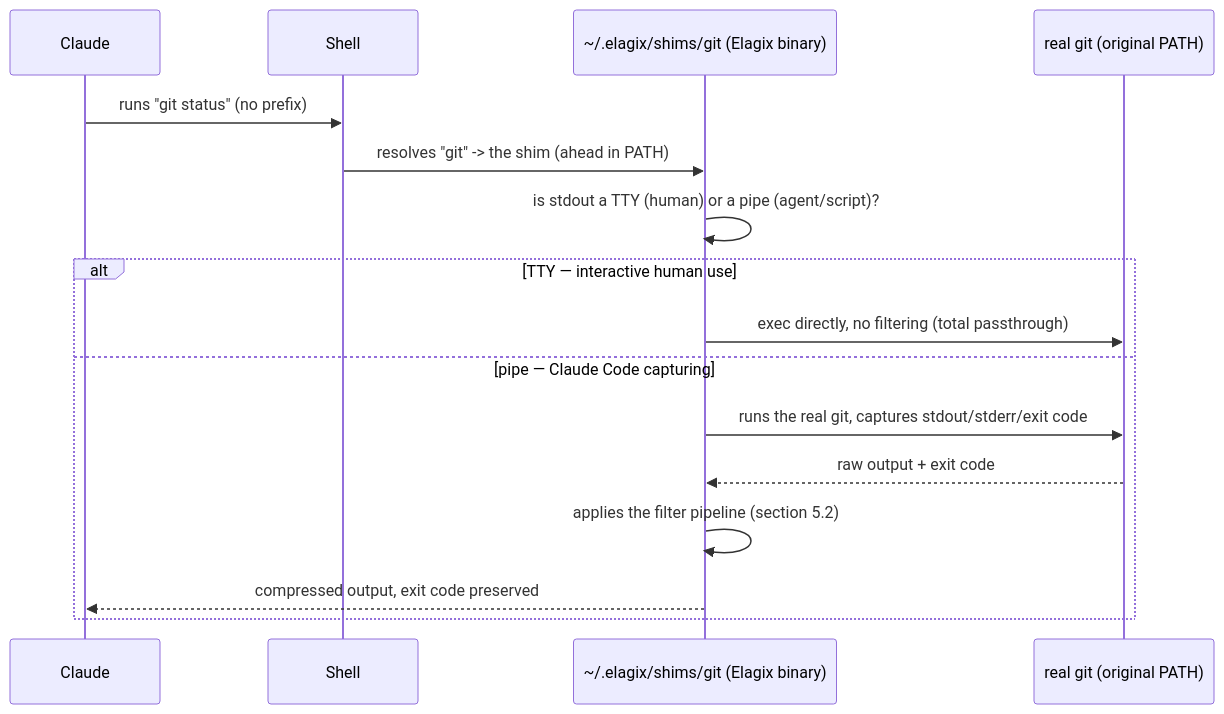
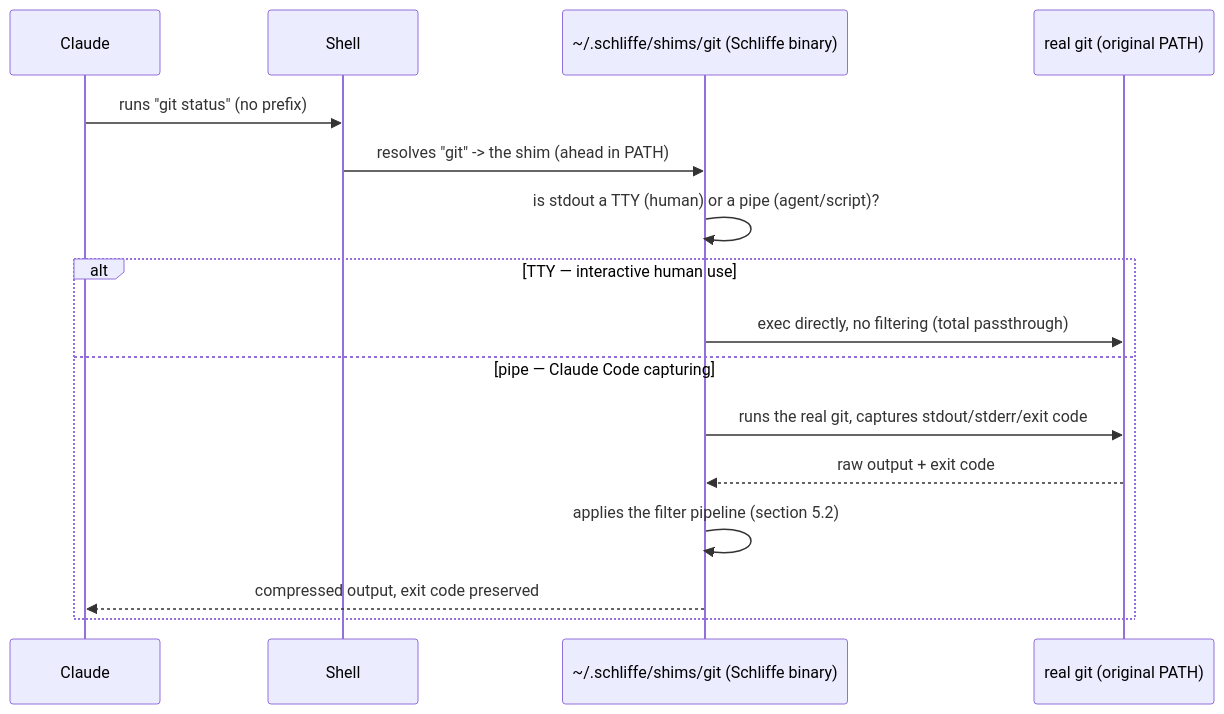
One commit to mkmuniz/elagix-tk changed the diagram in specs.md. Above: the diagram before and after it, drawn with Mermaid. The commit also changed other lines of this file and 27 other files, not shown here.

First line of the commit message:
Rename project from Elagix to Schliffe

````diff
--- a/specs.md
+++ b/specs.md
@@ -75,18 +75,18 @@
 ```mermaid
 sequenceDiagram
     participant Claude
     participant Shell
-    participant Shim as ~/.elagix/shims/git (Elagix binary)
+    participant Shim as ~/.schliffe/shims/git (Schliffe binary)
     participant RealGit as real git (original PATH)
     Claude->>Shell: runs "git status" (no prefix)
     Shell->>Shim: resolves "git" -> the shim (ahead in PATH)
     Shim->>Shim: is stdout a TTY (human) or a pipe (agent/script)?
     alt TTY — interactive human use
         Shim->>RealGit: exec directly, no filtering (total passthrough)
     else pipe — Claude Code capturing
         Shim->>RealGit: runs the real git, captures stdout/stderr/exit code
         RealGit-->>Shim: raw output + exit code
         Shim->>Shim: applies the filter pipeline (section 5.2)
         Shim-->>Claude: compressed output, exit code preserved
     end
 ```
````
